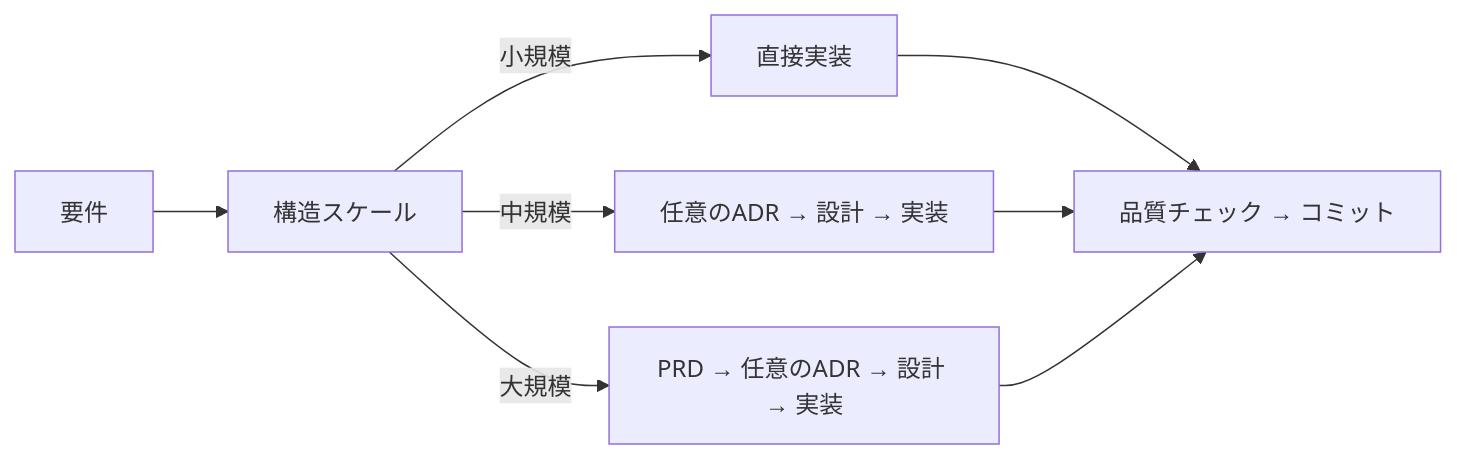
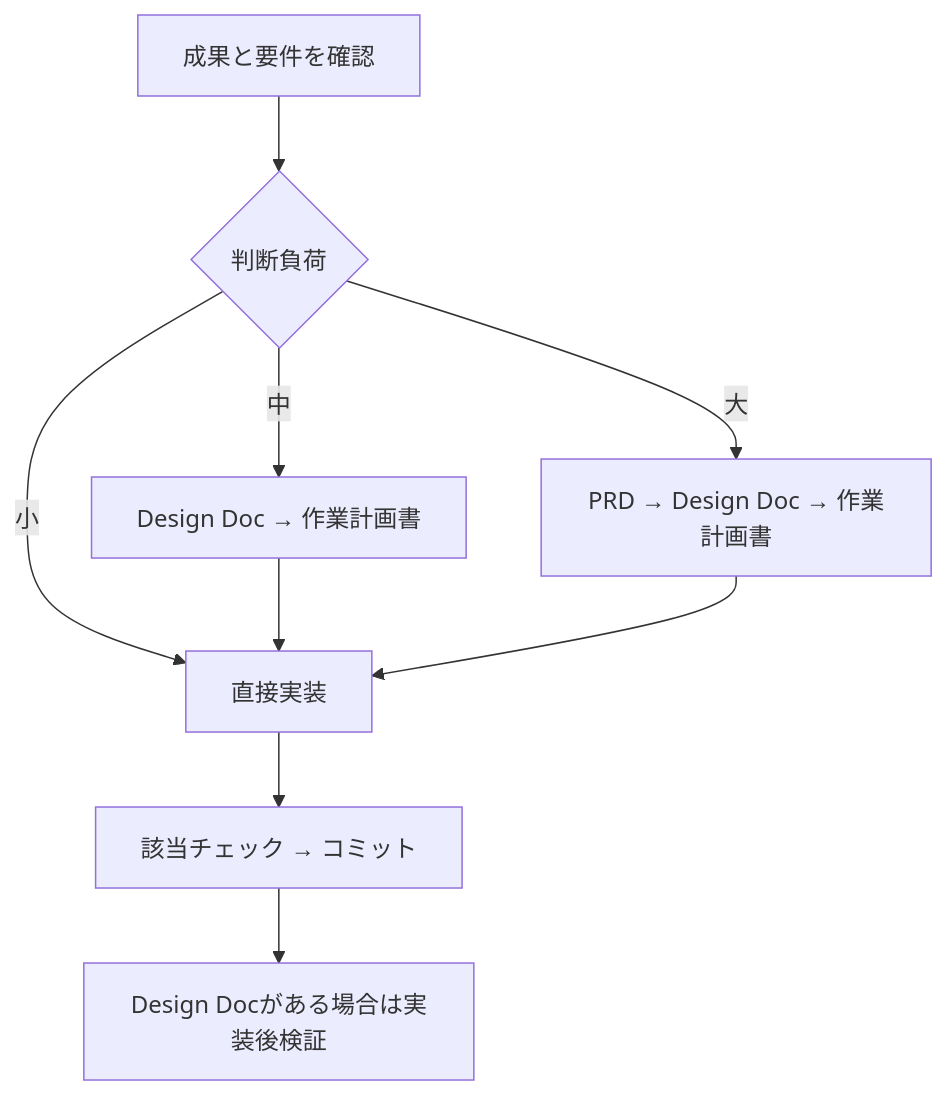
Before and after one commit to shinpr/ai-coding-project-boilerplate: the diagram in README.ja.md, drawn with Mermaid. The commit also changed other lines of this file and 9 other files, not shown here.

````diff
--- a/README.ja.md
+++ b/README.ja.md
@@ -217,11 +43,11 @@
 ```mermaid
-graph LR
-    A[要件] --> B[構造スケール]
-    B -->|小規模| C[直接実装]
-    B -->|中規模| D[任意のADR → 設計 → 実装]
-    B -->|大規模| E[PRD → 任意のADR → 設計 → 実装]
-
-    C --> F[品質チェック → コミット]
-    D --> F
-    E --> F
+flowchart TD
+    R[成果と要件を確認] --> S{判断負荷}
+    S -->|小| I[直接実装]
+    S -->|中| D[Design Doc → 作業計画書]
+    S -->|大| P[PRD → Design Doc → 作業計画書]
+    D --> I
+    P --> I
+    I --> Q[該当チェック → コミット]
+    Q --> V[Design Docがある場合は実装後検証]
 ```
````
